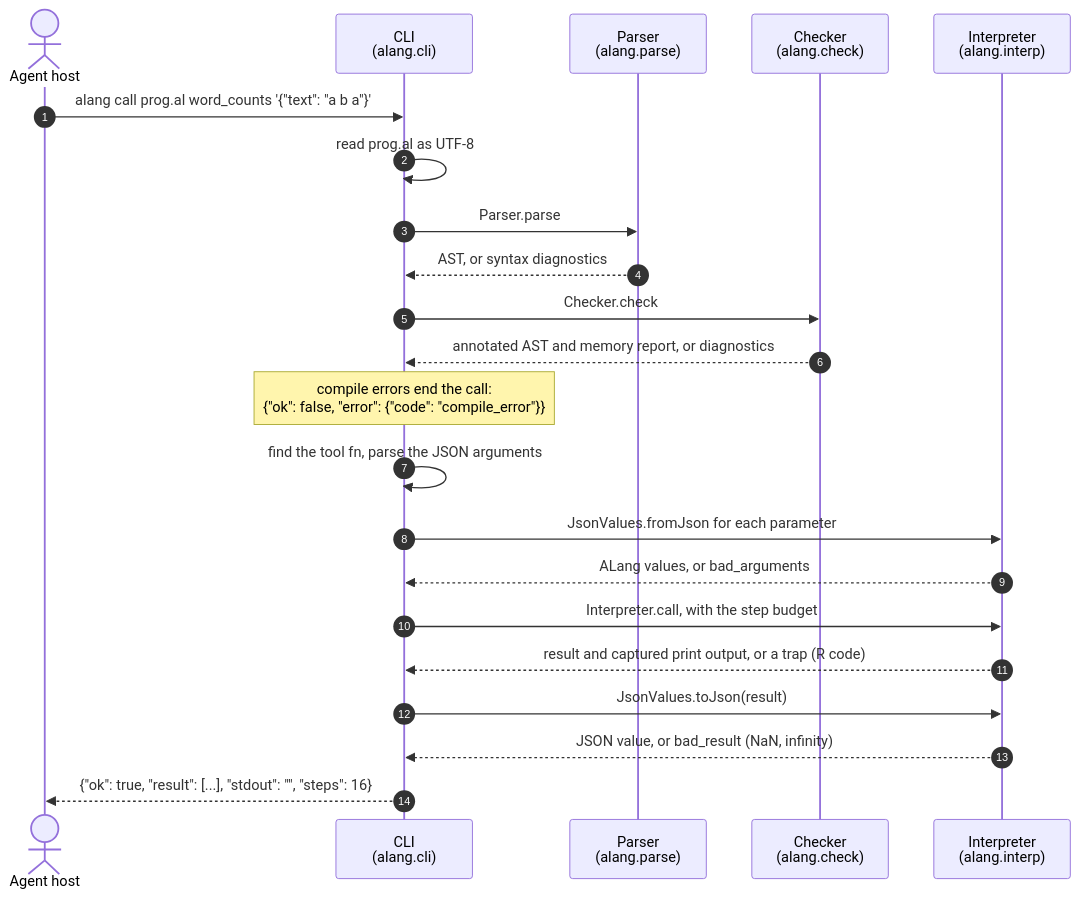
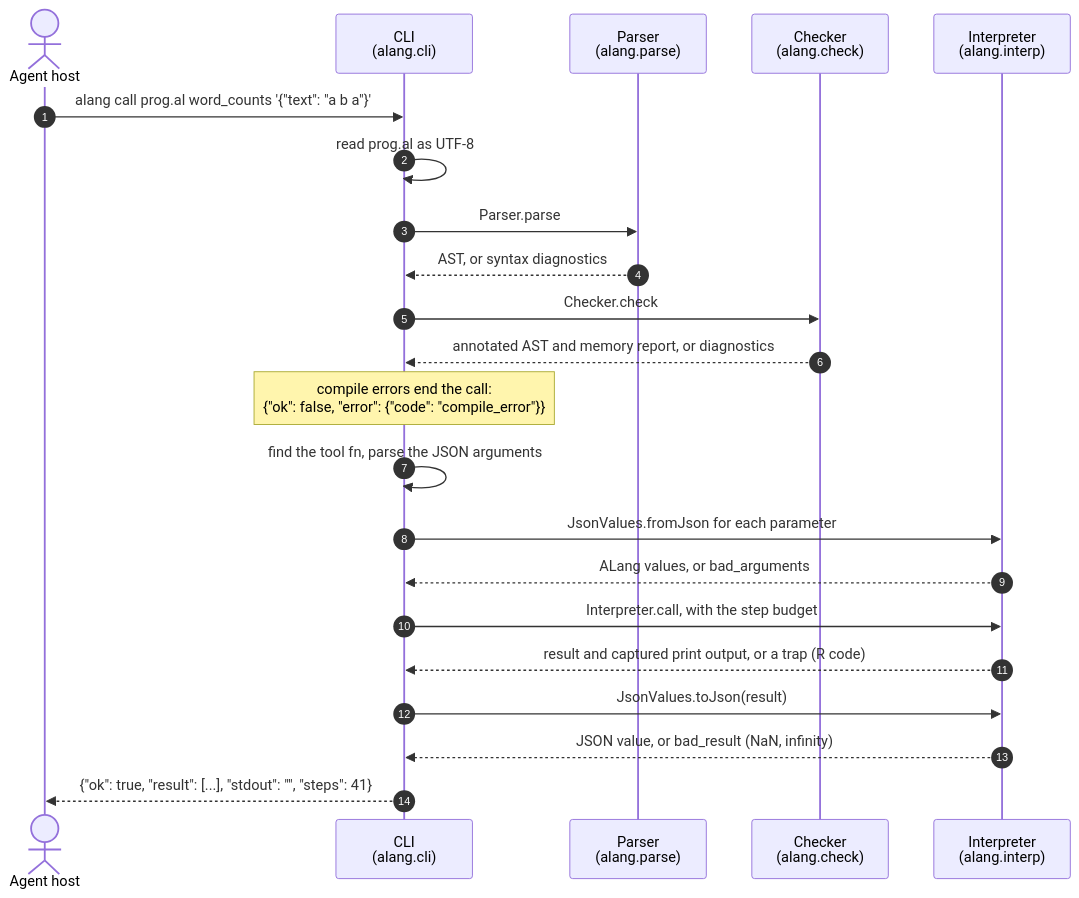
One commit to adamw7/alang changed the fourth of 4 diagrams in docs/ARCHITECTURE.md. Above: the diagram before and after it, drawn with Mermaid. The commit also changed 2 other files, not shown here.

Commit message:
Fix stale step counts in the docs and test the examples' calls
- examples/README.md showed 49 steps for the fit_line call; the stats fix
  made it 68.
- The tool call in docs/ARCHITECTURE.md, word_counts on "a b a", takes
  41 steps (as AGENTS.md says), not the 16 of split_bill.

Nothing checked the outputs examples/README.md shows, so CliTest now runs
each of its `bin/alang call` lines and compares the result.

Claude-Session: https://claude.ai/code/session_012Z4f875qzkgpGDX59aaFY7

````diff
--- a/docs/ARCHITECTURE.md
+++ b/docs/ARCHITECTURE.md
@@ -152,25 +152,25 @@
 ```mermaid
 sequenceDiagram
     autonumber
     actor Host as Agent host
     participant CLI as CLI<br/>(alang.cli)
     participant Parse as Parser<br/>(alang.parse)
     participant Check as Checker<br/>(alang.check)
     participant Interp as Interpreter<br/>(alang.interp)
 
     Host->>CLI: alang call prog.al word_counts '{"text": "a b a"}'
     CLI->>CLI: read prog.al as UTF-8
     CLI->>Parse: Parser.parse
     Parse-->>CLI: AST, or syntax diagnostics
     CLI->>Check: Checker.check
     Check-->>CLI: annotated AST and memory report, or diagnostics
     Note over CLI: compile errors end the call:<br/>{"ok": false, "error": {"code": "compile_error"}}
     CLI->>CLI: find the tool fn, parse the JSON arguments
     CLI->>Interp: JsonValues.fromJson for each parameter
     Interp-->>CLI: ALang values, or bad_arguments
     CLI->>Interp: Interpreter.call, with the step budget
     Interp-->>CLI: result and captured print output, or a trap (R code)
     CLI->>Interp: JsonValues.toJson(result)
     Interp-->>CLI: JSON value, or bad_result (NaN, infinity)
-    CLI-->>Host: {"ok": true, "result": [...], "stdout": "", "steps": 16}
+    CLI-->>Host: {"ok": true, "result": [...], "stdout": "", "steps": 41}
 ```
````
